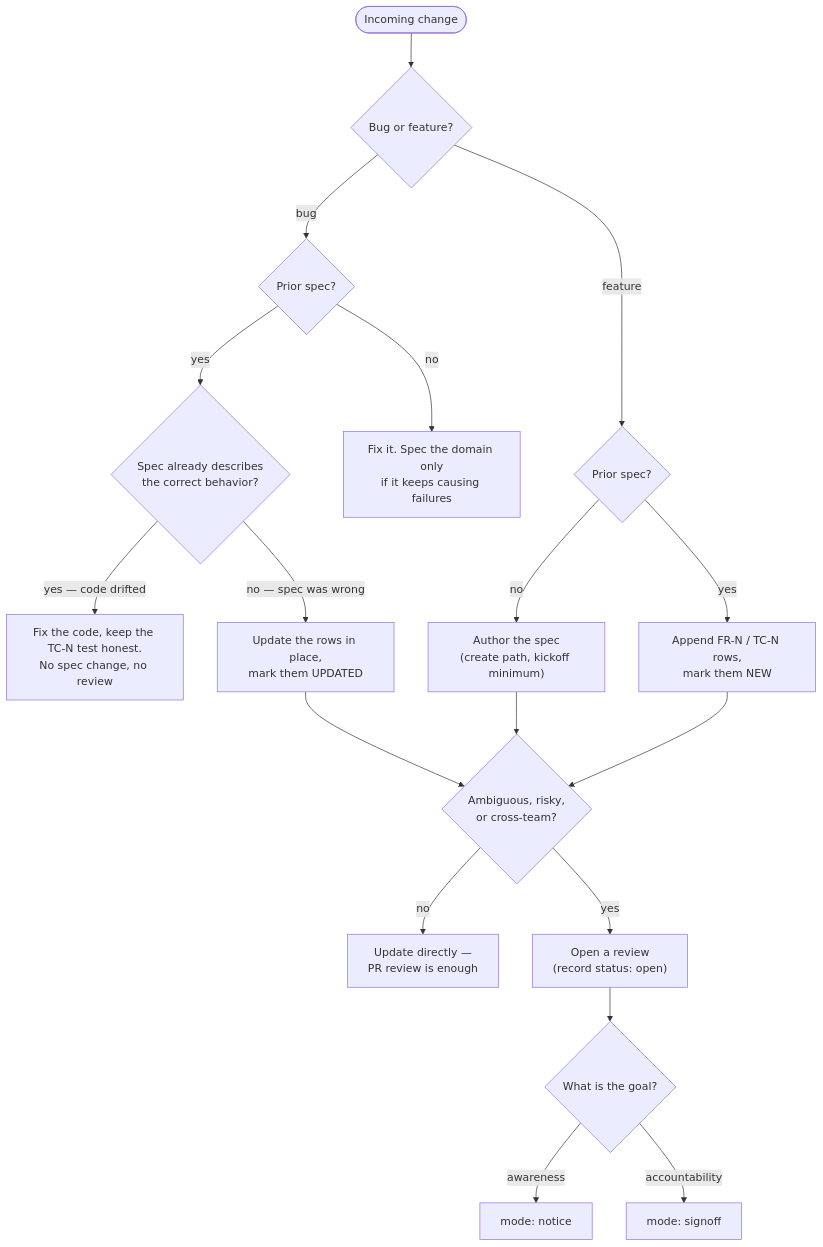
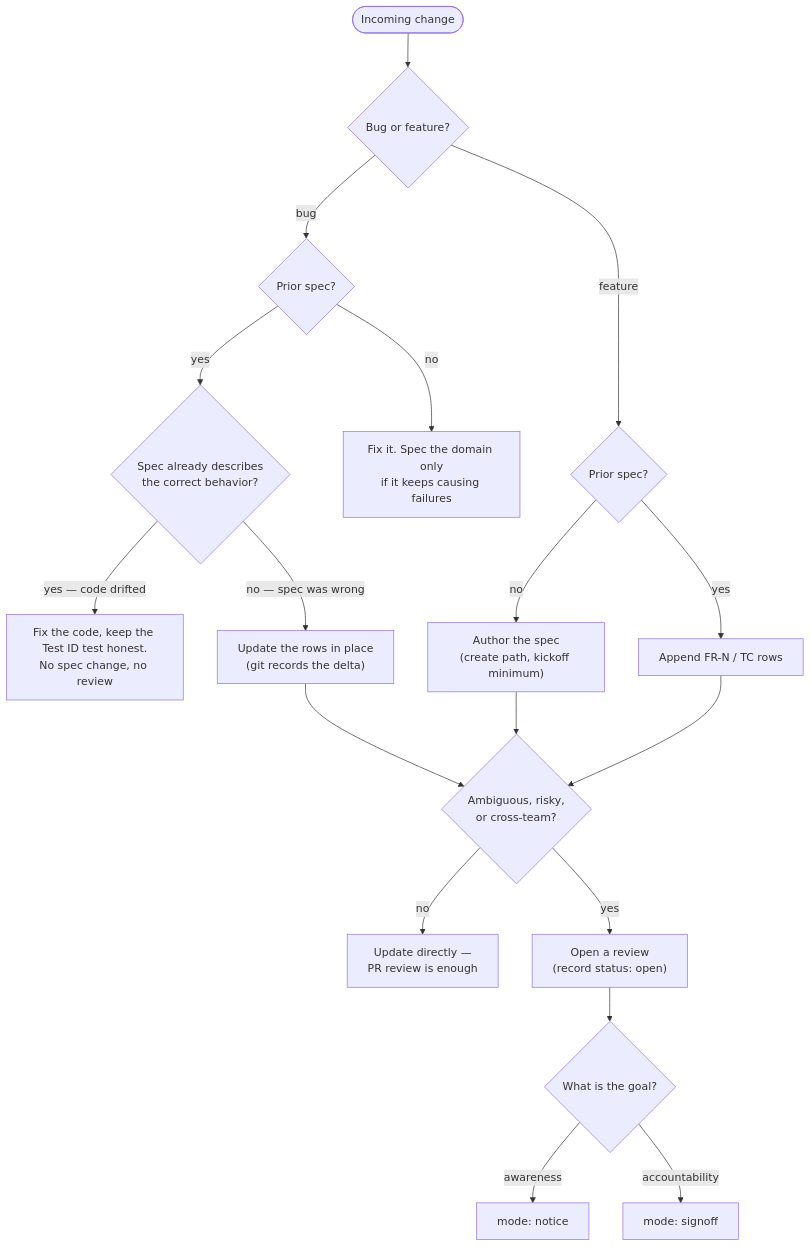
One commit to rosenjcb/spec-md changed the diagram in REVIEW.md. Above: the diagram before and after it, drawn with Mermaid. The commit also changed other lines of this file and 43 other files, not shown here.

First line of the commit message:
Stable TC-XXXX test ids and spec-md rebrand (#18)

````diff
--- a/REVIEW.md
+++ b/REVIEW.md
@@ -63,25 +63,25 @@
 ```mermaid
 flowchart TD
     change([Incoming change]) --> kind{Bug or feature?}
 
     kind -- bug --> bspec{Prior spec?}
     kind -- feature --> fspec{Prior spec?}
 
     bspec -- no --> fix["Fix it. Spec the domain only<br/>if it keeps causing failures"]
     bspec -- yes --> drift{Spec already describes<br/>the correct behavior?}
-    drift -- "yes — code drifted" --> conform["Fix the code, keep the TC-N test honest.<br/>No spec change, no review"]
-    drift -- "no — spec was wrong" --> amend["Update the rows in place,<br/>mark them UPDATED"]
+    drift -- "yes — code drifted" --> conform["Fix the code, keep the Test ID test honest.<br/>No spec change, no review"]
+    drift -- "no — spec was wrong" --> amend["Update the rows in place<br/>(git records the delta)"]
 
     fspec -- no --> author["Author the spec<br/>(create path, kickoff minimum)"]
-    fspec -- yes --> extend["Append FR-N / TC-N rows,<br/>mark them NEW"]
+    fspec -- yes --> extend["Append FR-N / TC rows"]
 
     amend --> gate{Ambiguous, risky,<br/>or cross-team?}
     author --> gate
     extend --> gate
 
     gate -- no --> direct["Update directly —<br/>PR review is enough"]
     gate -- yes --> round["Open a review<br/>(record status: open)"]
     round --> goal{What is the goal?}
     goal -- awareness --> notice["mode: notice"]
     goal -- accountability --> signoff["mode: signoff"]
 ```
````
